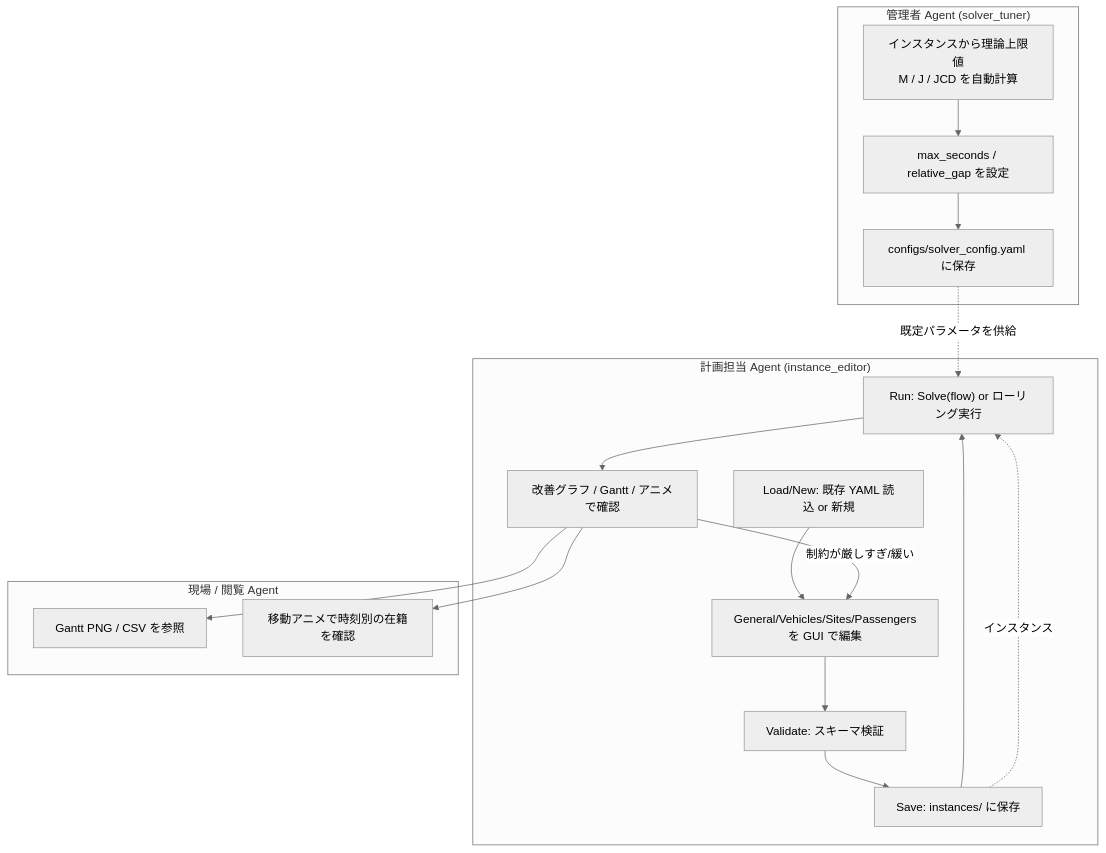
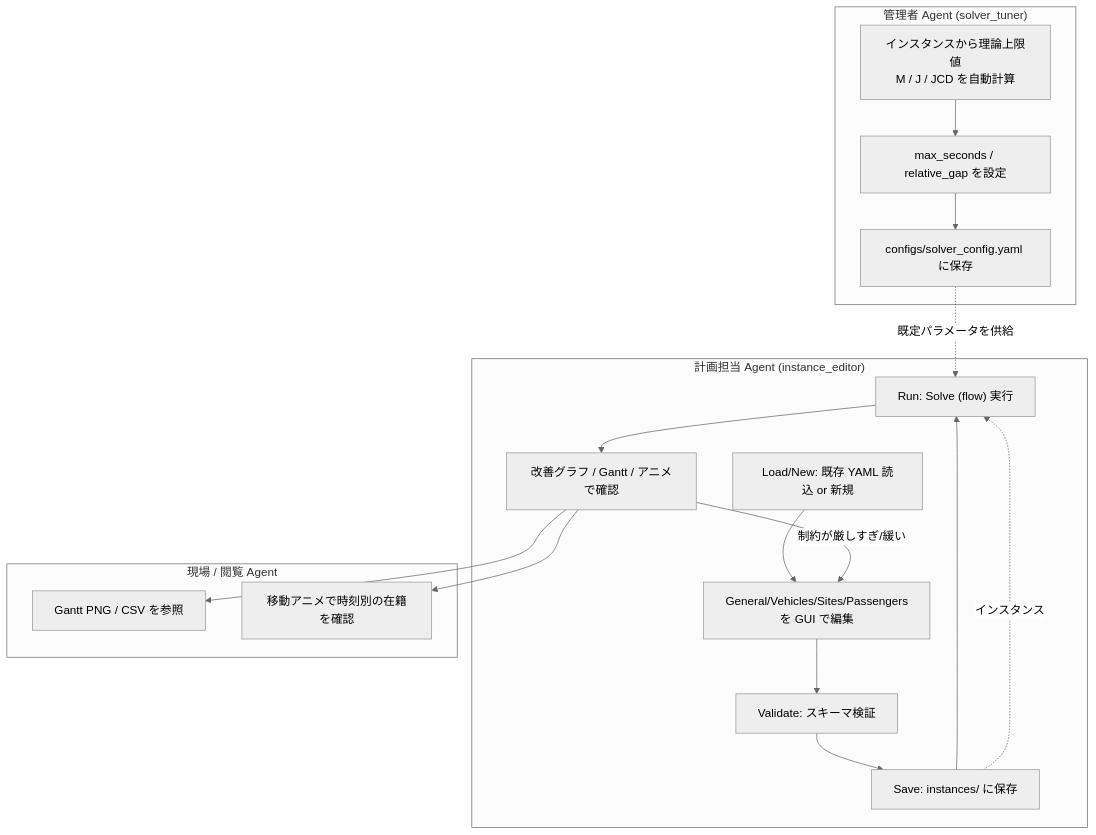
Before and after one commit to shun-gits/try: the third of 5 diagrams in howtouse_and_architecture.md, drawn with Mermaid (neutral theme). The commit also changed other lines of this file and 23 other files, not shown here.

````diff
--- a/howtouse_and_architecture.md
+++ b/howtouse_and_architecture.md
@@ -172,29 +124,29 @@
 ```mermaid
 flowchart TD
     subgraph Admin["管理者 Agent (solver_tuner)"]
       A1["インスタンスから理論上限値<br/>M / J / JCD を自動計算"]
       A2["max_seconds / relative_gap を設定"]
       A3["configs/solver_config.yaml に保存"]
       A1 --> A2 --> A3
     end
 
     subgraph Planner["計画担当 Agent (instance_editor)"]
       P1["Load/New: 既存 YAML 読込 or 新規"]
       P2["General/Vehicles/Sites/Passengers<br/>を GUI で編集"]
       P3["Validate: スキーマ検証"]
       P4["Save: instances/ に保存"]
-      P5["Run: Solve(flow) or ローリング実行"]
+      P5["Run: Solve (flow) 実行"]
       P6["改善グラフ / Gantt / アニメで確認"]
       P1 --> P2 --> P3 --> P4 --> P5 --> P6
     end
 
     subgraph Viewer["現場 / 閲覧 Agent"]
       V1["Gantt PNG / CSV を参照"]
       V2["移動アニメで時刻別の在籍を確認"]
     end
 
     A3 -.->|"既定パラメータを供給"| P5
     P4 -.->|"インスタンス"| P5
     P6 --> V1 & V2
     P6 -->|"制約が厳しすぎ/緩い"| P2
 ```
````
